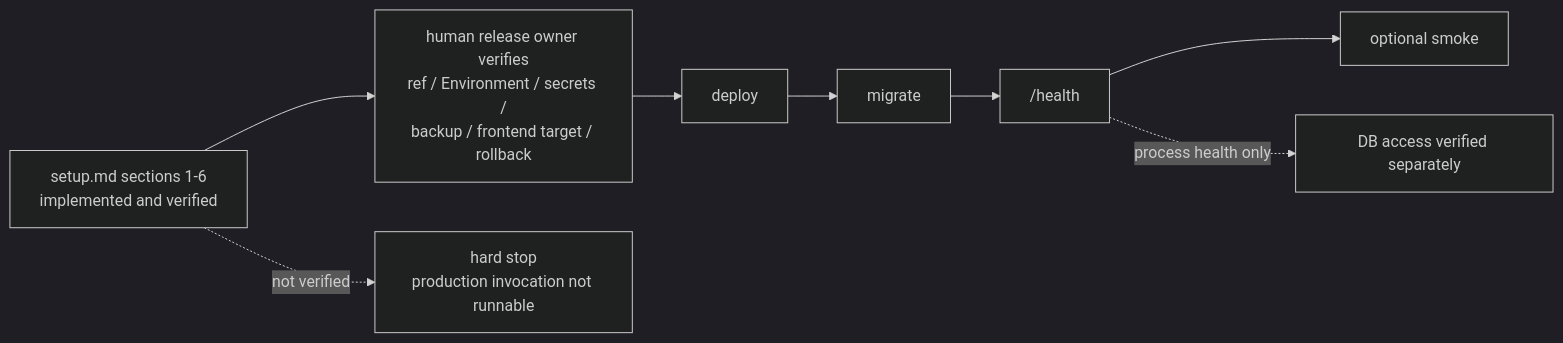
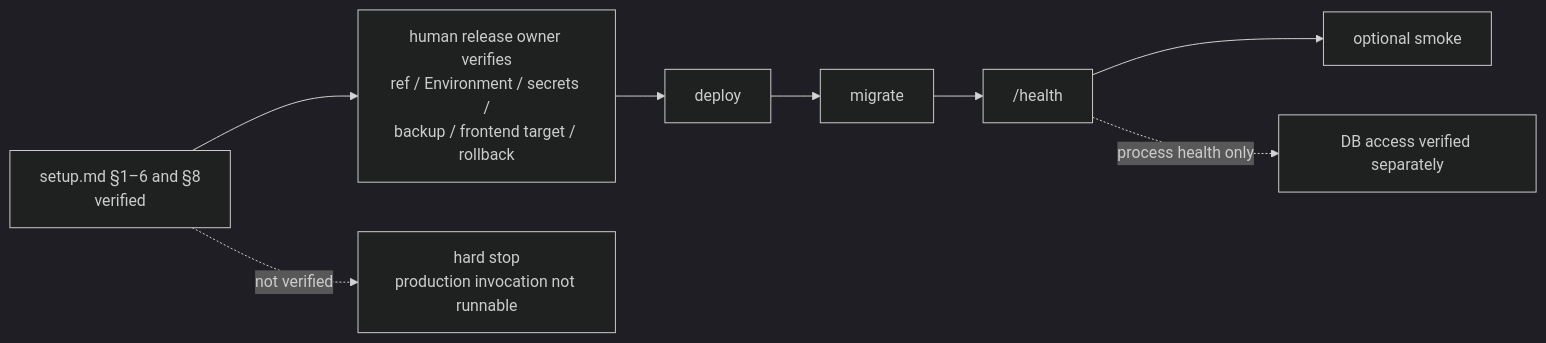
Before and after one commit to MinoruSoga/AnimalEkarte: the diagram in docs/ops/infra/production/runbook.md, drawn with Mermaid (dark theme). The commit also changed other lines of this file and 7 other files, not shown here.

````diff
--- a/docs/ops/infra/production/runbook.md
+++ b/docs/ops/infra/production/runbook.md
@@ -15,7 +15,7 @@
 ```mermaid
 flowchart LR
-    PRE["setup.md sections 1-6<br/>implemented and verified"] --> GATE["human release owner verifies<br/>ref / Environment / secrets /<br/>backup / frontend target / rollback"]
+    PRE["setup.md §1–6 and §8<br/>verified"] --> GATE["human release owner verifies<br/>ref / Environment / secrets /<br/>backup / frontend target / rollback"]
     PRE -.->|"not verified"| STOP["hard stop<br/>production invocation not runnable"]
     GATE --> DEP["deploy"] --> MIG["migrate"] --> HEA["/health"] --> SMK["optional smoke"]
     HEA -.->|"process health only"| DBV["DB access verified separately"]
 ```
````
